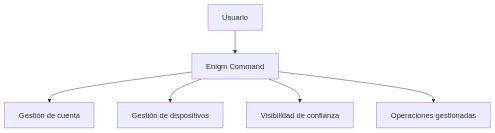
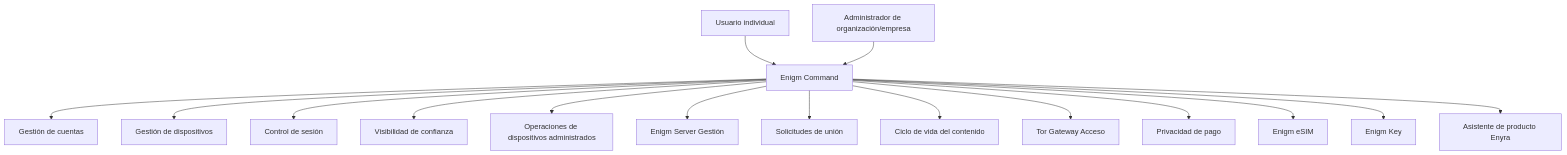
Before and after one commit to enigm-llc/docs: the diagram in es/command/overview.mdx, drawn with Mermaid. The commit also changed other lines of this file and 43 other files, not shown here.

````diff
--- a/es/command/overview.mdx
+++ b/es/command/overview.mdx
@@ -27,15 +20,18 @@
 ```mermaid
 flowchart TD
-  User["Usuario"]
-  Command["Enigm Command"]
-  Account["Gestión de cuenta"]
-  Device["Gestión de dispositivos"]
-  Trust["Visibilidad de confianza"]
-  Managed["Operaciones gestionadas"]
-
-  User --> Command
-  Command --> Account
-  Command --> Device
-  Command --> Trust
-  Command --> Managed
+  User["Usuario individual"] --> CP["Enigm Command"]
+  Enterprise["Administrador de organización/empresa"] --> CP
+  CP --> Account["Gestión de cuentas"]
+  CP --> Device["Gestión de dispositivos"]
+  CP --> Sessions["Control de sesión"]
+  CP --> Trust["Visibilidad de confianza"]
+  CP --> Managed["Operaciones de dispositivos administrados"]
+  CP --> Servers["Enigm Server Gestión"]
+  CP --> Invites["Solicitudes de unión"]
+  CP --> Content["Ciclo de vida del contenido"]
+  CP --> Tor["Tor Gateway Acceso"]
+  CP --> Payments["Privacidad de pago"]
+  CP --> ESIM["Enigm eSIM"]
+  CP --> Key["Enigm Key"]
+  CP --> Assistant["Asistente de producto Enyra"]
 ```
````
